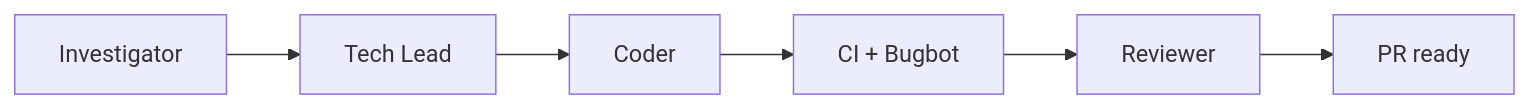
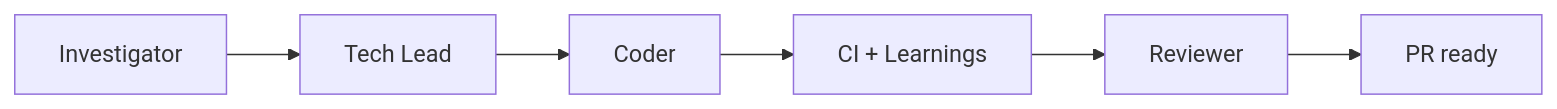
One commit to masumi-network/sokosumi changed the diagram in .cursor/skills/team-sapphire/SKILL.md. Above: the diagram before and after it, drawn with Mermaid. The commit also changed other lines of this file and 9 other files, not shown here.

First line of the commit message:
chore(agents): replace Bugbot gate with Learnings review

````diff
--- a/.cursor/skills/team-sapphire/SKILL.md
+++ b/.cursor/skills/team-sapphire/SKILL.md
@@ -15,8 +15,8 @@
 ```mermaid
 flowchart LR
   inv[Investigator] --> lead[Tech Lead]
   lead --> code[Coder]
-  code --> gates[CI + Bugbot]
+  code --> gates[CI + Learnings]
   gates --> rev[Reviewer]
   rev --> pr[PR ready]
 ```
````
